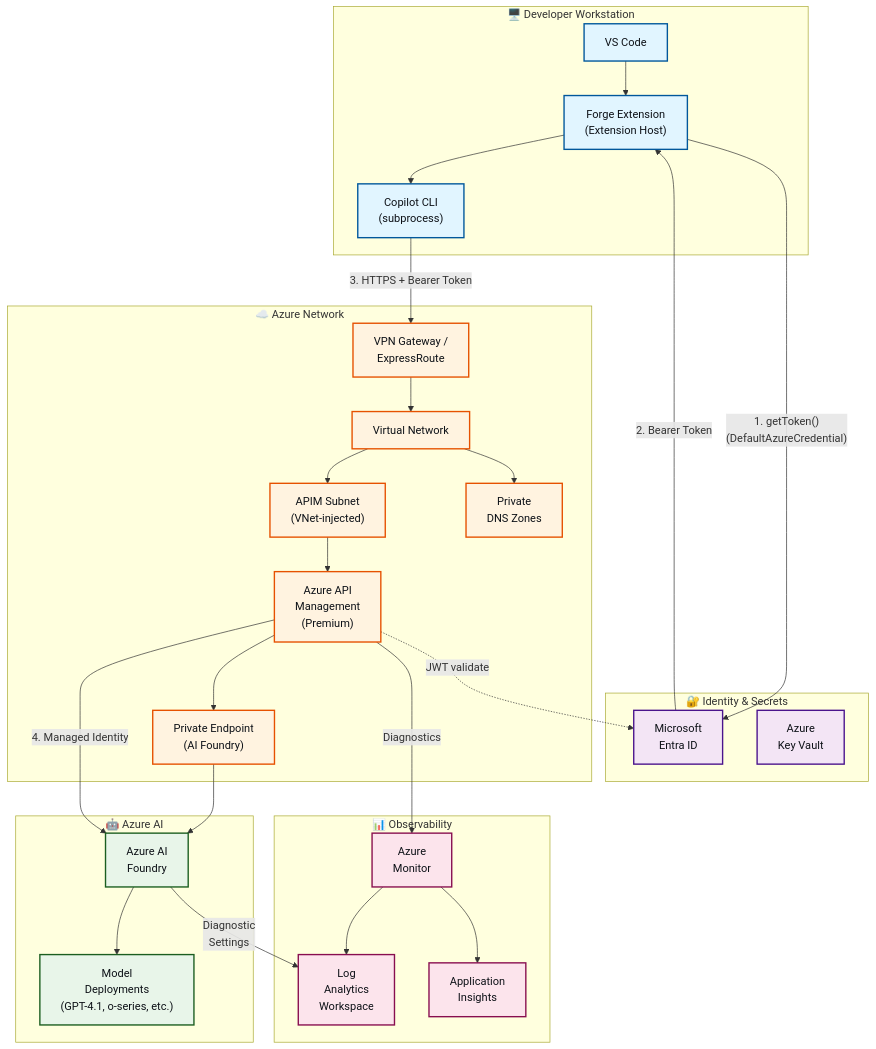
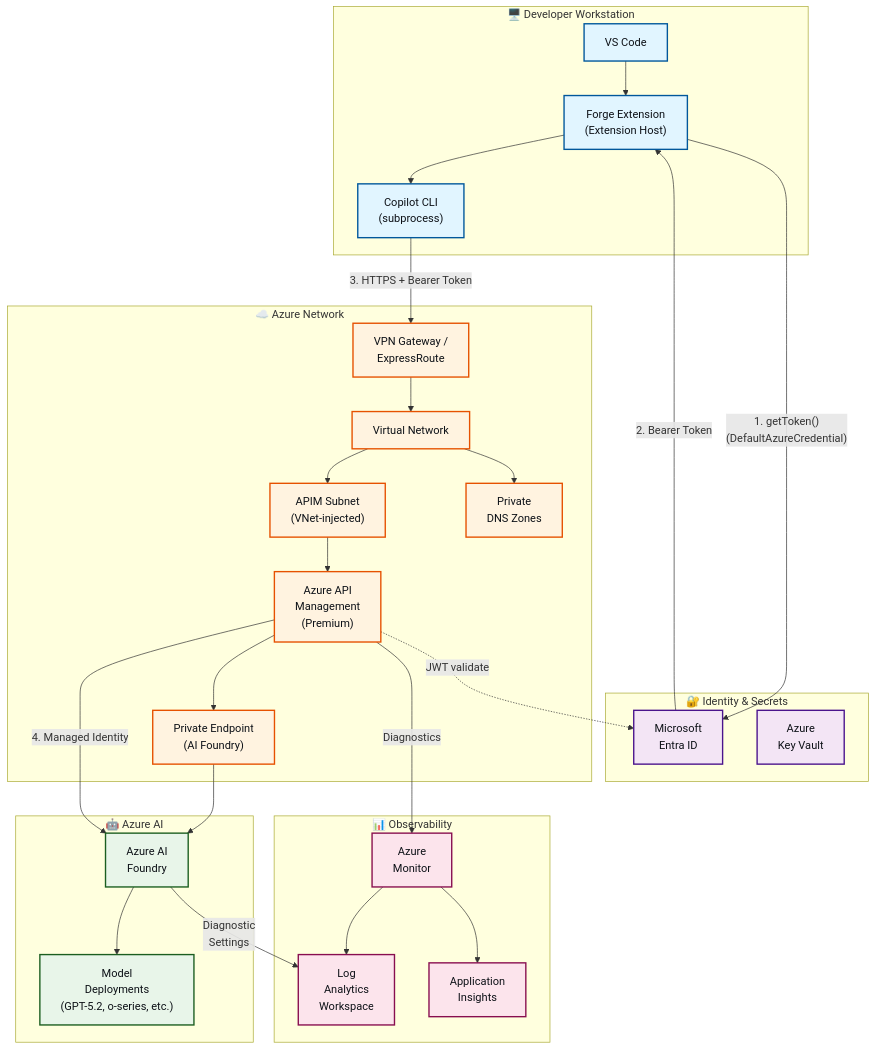
Before and after one commit to robpitcher/forge: the diagram in docs/enterprise-architecture.md, drawn with Mermaid. The commit also changed 7 other files, not shown here.

Commit message:
feat: add Bennings as Azure Cloud Architect and update enterprise architecture documentation

````diff
--- a/docs/enterprise-architecture.md
+++ b/docs/enterprise-architecture.md
@@ -7,64 +7,64 @@
 ```mermaid
 graph TB
     subgraph Client["🖥️ Developer Workstation"]
         VSCode["VS Code"]
         ForgeExt["Forge Extension<br/>(Extension Host)"]
         CopilotCLI["Copilot CLI<br/>(subprocess)"]
         VSCode --> ForgeExt
         ForgeExt --> CopilotCLI
     end
 
     subgraph Identity["🔐 Identity & Secrets"]
         EntraID["Microsoft<br/>Entra ID"]
         KeyVault["Azure<br/>Key Vault"]
     end
 
     subgraph AzureNetwork["☁️ Azure Network"]
         VPN["VPN Gateway /<br/>ExpressRoute"]
         VNet["Virtual Network"]
         APIMSubnet["APIM Subnet<br/>(VNet-injected)"]
         APIM["Azure API<br/>Management<br/>(Premium)"]
         PEAI["Private Endpoint<br/>(AI Foundry)"]
         PrivateDNS["Private<br/>DNS Zones"]
         VPN --> VNet
         VNet --> APIMSubnet
         APIMSubnet --> APIM
         APIM --> PEAI
         VNet --> PrivateDNS
     end
 
     subgraph AzureAI["🤖 Azure AI"]
         AIFoundry["Azure AI<br/>Foundry"]
-        Models["Model<br/>Deployments<br/>(GPT-4.1, o-series, etc.)"]
+        Models["Model<br/>Deployments<br/>(GPT-5.2, o-series, etc.)"]
         PEAI --> AIFoundry
         AIFoundry --> Models
     end
 
     subgraph Observability["📊 Observability"]
         Monitor["Azure<br/>Monitor"]
         LogAnalytics["Log<br/>Analytics<br/>Workspace"]
         AppInsights["Application<br/>Insights"]
         Monitor --> LogAnalytics
         Monitor --> AppInsights
     end
 
     ForgeExt -->|"1. getToken()<br/>(DefaultAzureCredential)"| EntraID
     EntraID -->|"2. Bearer Token"| ForgeExt
     CopilotCLI -->|"3. HTTPS + Bearer Token"| VPN
     APIM -->|"4. Managed Identity"| AIFoundry
     APIM -.->|"JWT validate"| EntraID
     APIM -->|"Diagnostics"| Monitor
     AIFoundry -->|"Diagnostic<br/>Settings"| LogAnalytics
 
     classDef client fill:#e1f5ff,stroke:#01579b,stroke-width:2px,color:#0d1117
     classDef identity fill:#f3e5f5,stroke:#4a148c,stroke-width:2px,color:#0d1117
     classDef network fill:#fff3e0,stroke:#e65100,stroke-width:2px,color:#0d1117
     classDef ai fill:#e8f5e9,stroke:#1b5e20,stroke-width:2px,color:#0d1117
     classDef observability fill:#fce4ec,stroke:#880e4f,stroke-width:2px,color:#0d1117
 
     class VSCode,ForgeExt,CopilotCLI client
     class EntraID,KeyVault identity
     class VPN,VNet,APIMSubnet,APIM,PEAI,PrivateDNS network
     class AIFoundry,Models ai
     class Monitor,LogAnalytics,AppInsights observability
 ```
````
